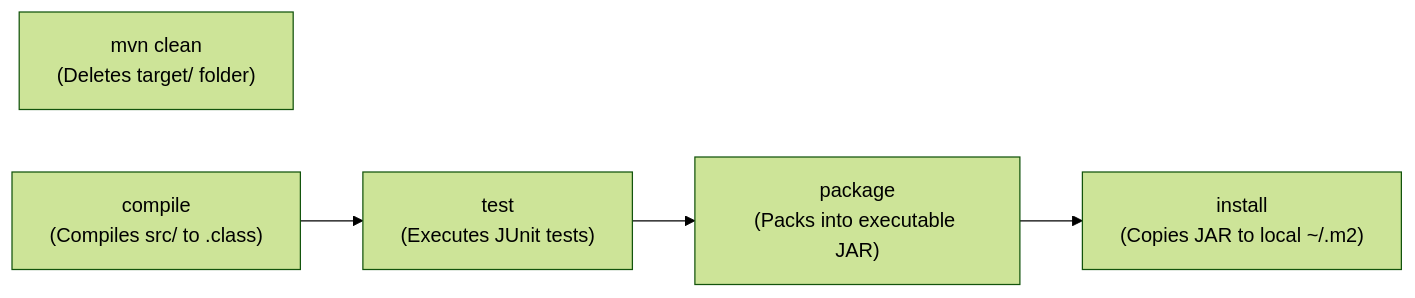
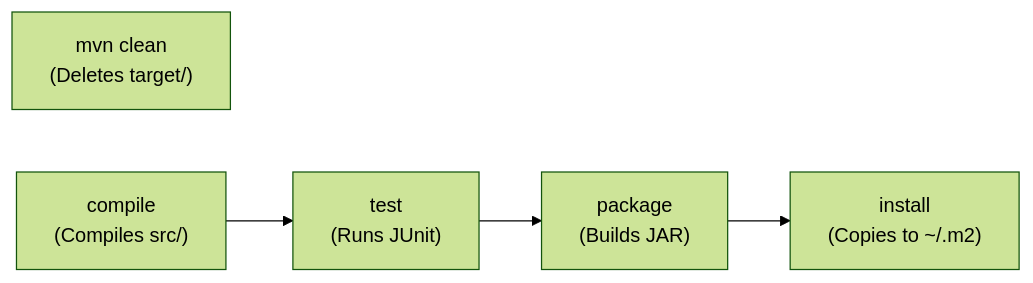
Before and after one commit to rohithgowda18/Notes: diagram 22 of 22 in 06-Java-and-Spring-Boot/Spring Boot Interview Guide.md, drawn with Mermaid (forest theme). The commit also changed other lines of this file, not shown here.

````diff
--- a/06-Java-and-Spring-Boot/Spring Boot Interview Guide.md
+++ b/06-Java-and-Spring-Boot/Spring Boot Interview Guide.md
@@ -1300,10 +1377,15 @@
 ```mermaid
 flowchart LR
-    Clean["mvn clean\n(Deletes target/ folder)"]
-    Compile["compile\n(Compiles src/ to .class)"]
-    Test["test\n(Executes JUnit tests)"]
-    Package["package\n(Packs into executable JAR)"]
-    Install["install\n(Copies JAR to local ~/.m2)"]
+    Clean["mvn clean
+(Deletes target/)"]
+    Compile["compile
+(Compiles src/)"]
+    Test["test
+(Runs JUnit)"]
+    Package["package
+(Builds JAR)"]
+    Install["install
+(Copies to ~/.m2)"]
 
     Compile --> Test --> Package --> Install
 ```
````
